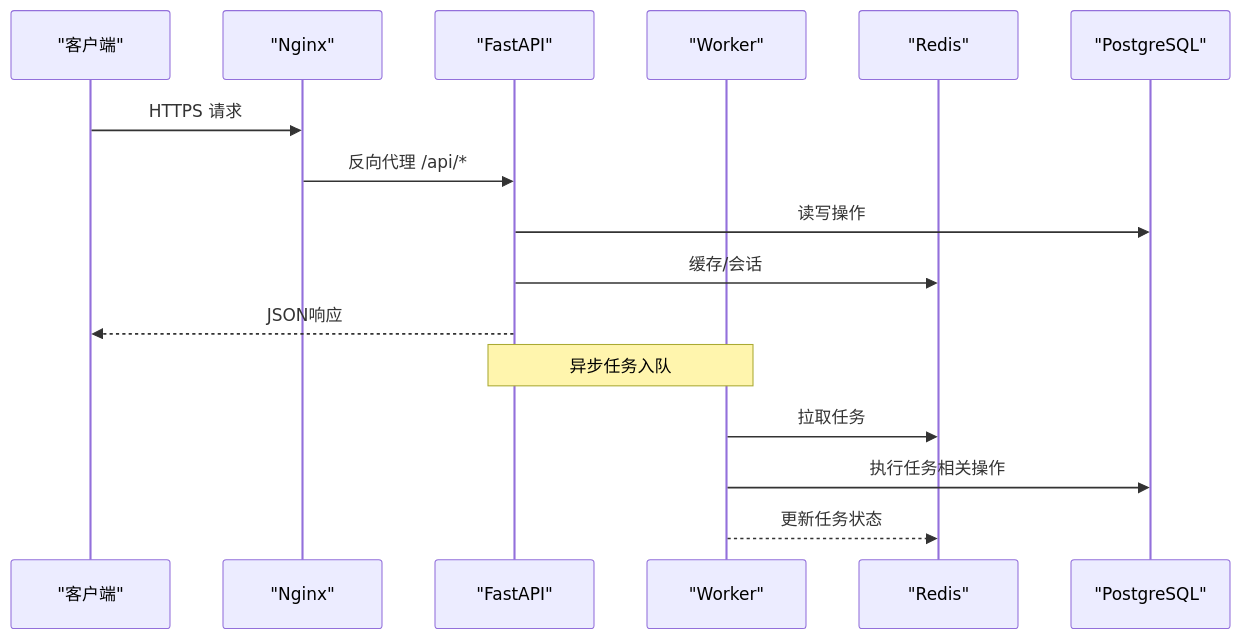
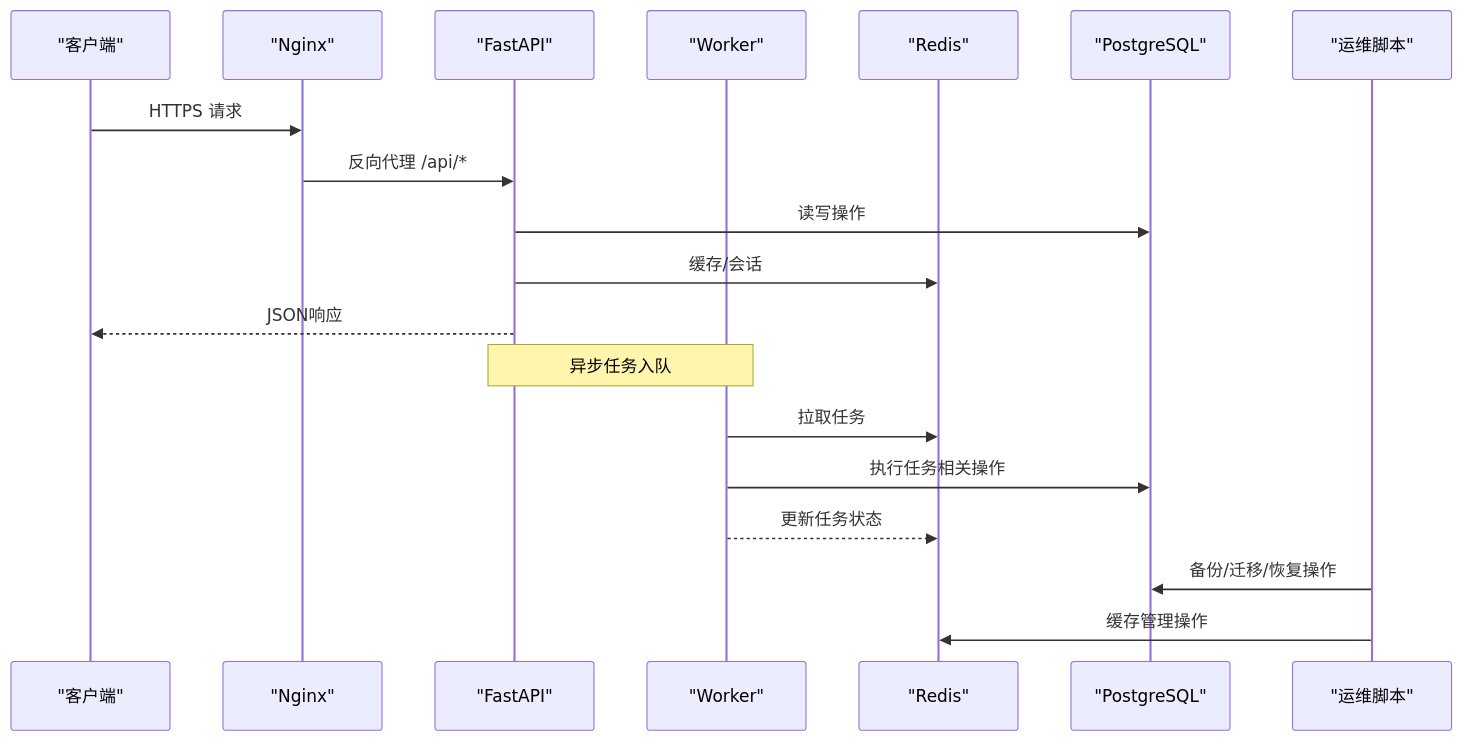
The fourth of 9 diagrams in .qoder/repowiki/zh/content/部署配置/部署配置.md (vu1Art1st/talos), drawn with Mermaid before and after one commit. The commit also changed other lines of this file and 132 other files, not shown here.

````diff
--- a/.qoder/repowiki/zh/content/部署配置/部署配置.md
+++ b/.qoder/repowiki/zh/content/部署配置/部署配置.md
@@ -187,18 +188,21 @@
 ```mermaid
 sequenceDiagram
 participant Client as "客户端"
 participant Nginx as "Nginx"
 participant API as "FastAPI"
 participant Worker as "Worker"
 participant Redis as "Redis"
 participant DB as "PostgreSQL"
+participant Scripts as "运维脚本"
 Client->>Nginx : HTTPS 请求
 Nginx->>API : 反向代理 /api/*
 API->>DB : 读写操作
 API->>Redis : 缓存/会话
 API-->>Client : JSON响应
 Note over API,Worker : 异步任务入队
 Worker->>Redis : 拉取任务
 Worker->>DB : 执行任务相关操作
 Worker-->>Redis : 更新任务状态
+Scripts->>DB : 备份/迁移/恢复操作
+Scripts->>Redis : 缓存管理操作
 ```
````
